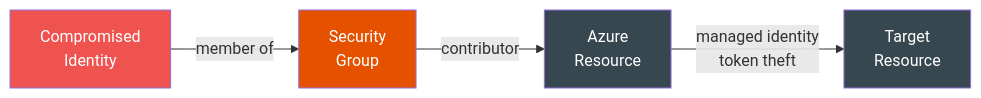
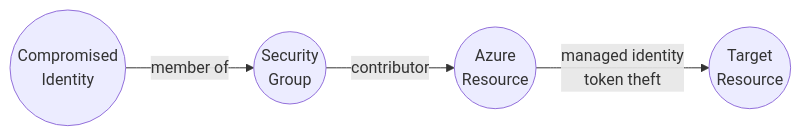
The fourth of 4 diagrams in docs/attack-paths/managed-identity-theft.md (mvelazc0/BadZure), drawn with Mermaid before and after one commit. The commit also changed other lines of this file and 5 other files, not shown here.

Commit message:
improving documentation graphs

````diff
--- a/docs/attack-paths/managed-identity-theft.md
+++ b/docs/attack-paths/managed-identity-theft.md
@@ -120,11 +114,6 @@
     ``` mermaid
     graph LR
-        U["Compromised<br/>Identity"] -->|"member of"| G["Security<br/>Group"]
-        G -->|"contributor"| RES["Azure<br/>Resource"]
-        RES -->|"managed identity<br/>token theft"| TGT["Target<br/>Resource"]
-
-        style U fill:#ef5350,color:#fff
-        style G fill:#e65100,color:#fff
-        style RES fill:#37474f,color:#fff
-        style TGT fill:#37474f,color:#fff
+        U(("Compromised<br/>Identity")) -->|"member of"| G(("Security<br/>Group"))
+        G -->|"contributor"| RES(("Azure<br/>Resource"))
+        RES -->|"managed identity<br/>token theft"| TGT(("Target<br/>Resource"))
     ```
````
